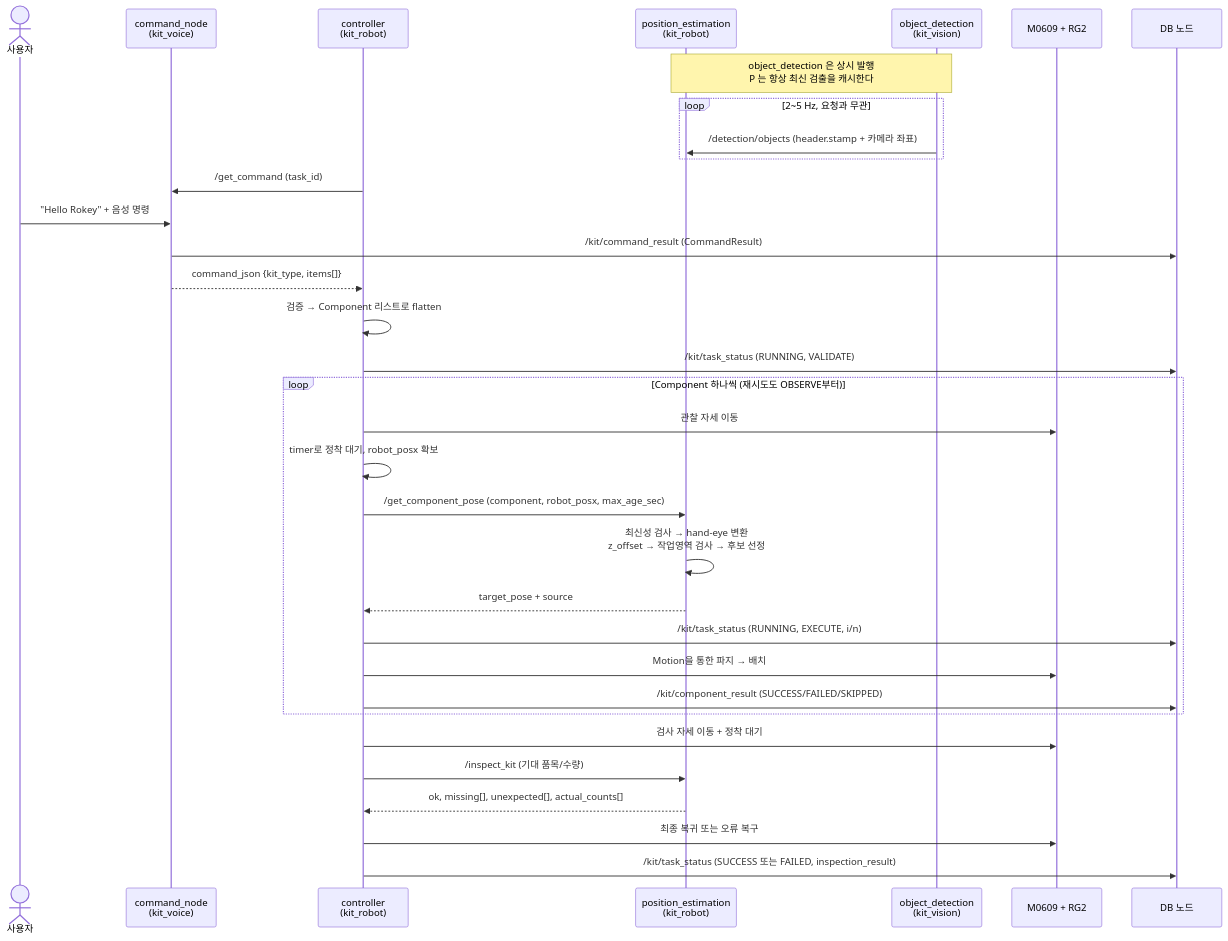
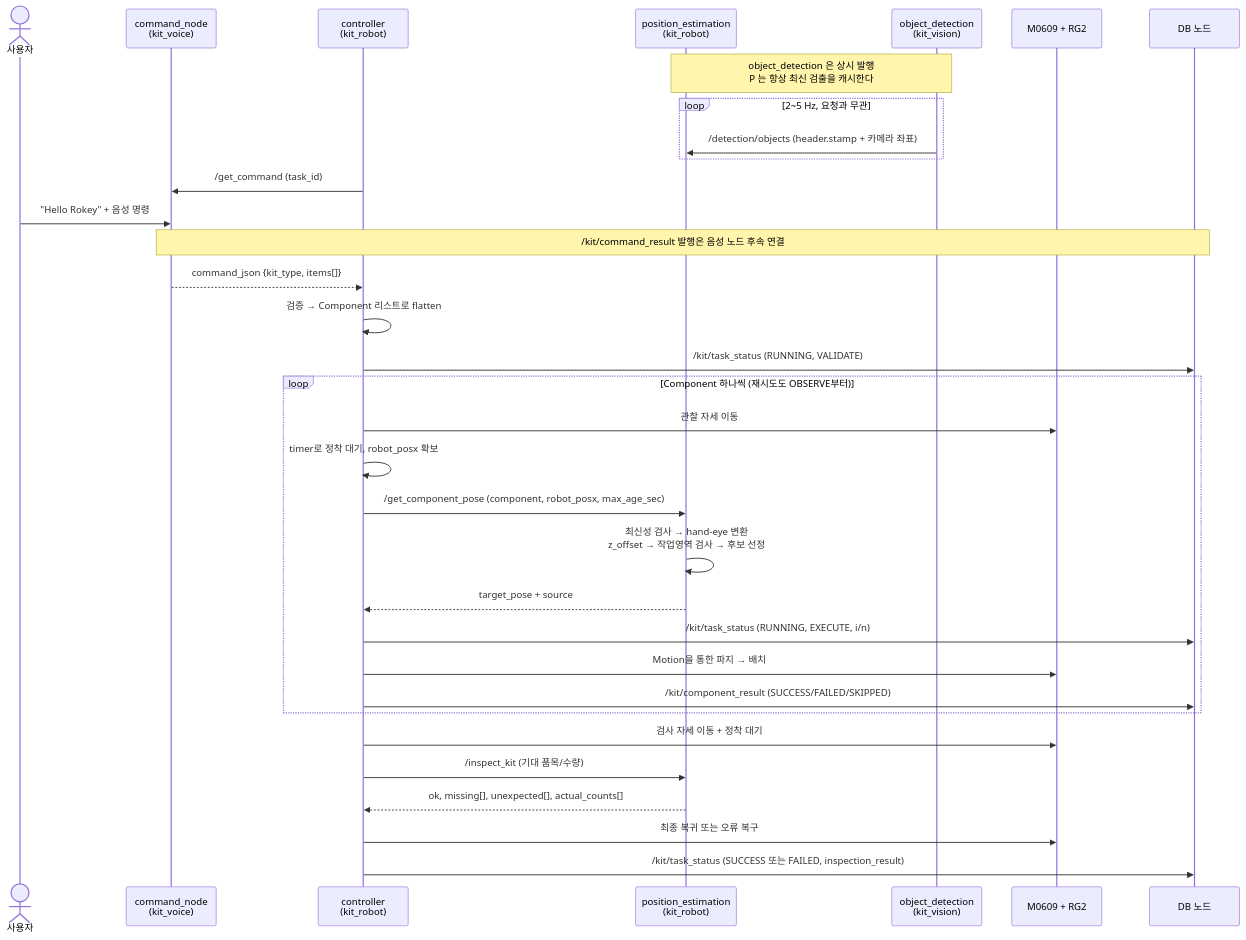
The first of 2 diagrams in docs/03-system-flow.md (mi1nn/Project2-ROS2-VLA), drawn with Mermaid before and after one commit. The commit also changed other lines of this file, not shown here.

Commit message:
docs: align system flow with the implemented controller

````diff
--- a/docs/03-system-flow.md
+++ b/docs/03-system-flow.md
@@ -9,39 +12,39 @@
 ```mermaid
 sequenceDiagram
     actor U as 사용자
     participant V as command_node<br/>(kit_voice)
     participant C as controller<br/>(kit_robot)
     participant P as position_estimation<br/>(kit_robot)
     participant D as object_detection<br/>(kit_vision)
     participant R as M0609 + RG2
     participant DB as DB 노드
 
     Note over D,P: object_detection 은 상시 발행<br/>P 는 항상 최신 검출을 캐시한다
     loop 2~5 Hz, 요청과 무관
         D->>P: /detection/objects (header.stamp + 카메라 좌표)
     end
 
     C->>V: /get_command (task_id)
     U->>V: "Hello Rokey" + 음성 명령
-    V->>DB: /kit/command_result (CommandResult)
+    Note over V,DB: /kit/command_result 발행은 음성 노드 후속 연결
     V-->>C: command_json {kit_type, items[]}
     C->>C: 검증 → Component 리스트로 flatten
     C->>DB: /kit/task_status (RUNNING, VALIDATE)
 
     loop Component 하나씩 (재시도도 OBSERVE부터)
         C->>R: 관찰 자세 이동
         C->>C: timer로 정착 대기, robot_posx 확보
         C->>P: /get_component_pose (component, robot_posx, max_age_sec)
         P->>P: 최신성 검사 → hand-eye 변환<br/>z_offset → 작업영역 검사 → 후보 선정
         P-->>C: target_pose + source
         C->>DB: /kit/task_status (RUNNING, EXECUTE, i/n)
         C->>R: Motion을 통한 파지 → 배치
         C->>DB: /kit/component_result (SUCCESS/FAILED/SKIPPED)
     end
 
     C->>R: 검사 자세 이동 + 정착 대기
     C->>P: /inspect_kit (기대 품목/수량)
     P-->>C: ok, missing[], unexpected[], actual_counts[]
     C->>R: 최종 복귀 또는 오류 복구
     C->>DB: /kit/task_status (SUCCESS 또는 FAILED, inspection_result)
 ```
````
